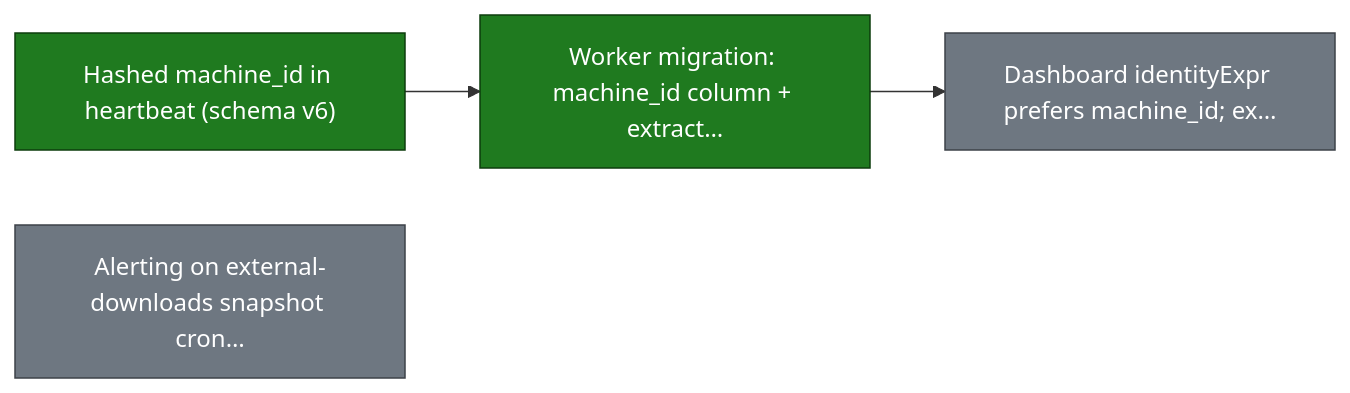
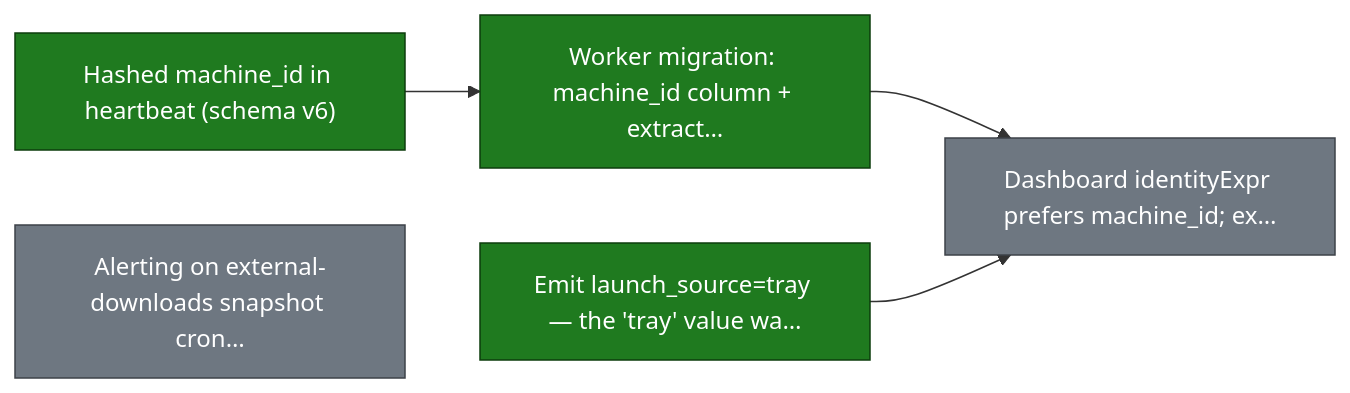
Before and after one commit to smart-mcp-proxy/mcpproxy-go: the sixth of 17 diagrams in ROADMAP.md, drawn with Mermaid. The commit also changed other lines of this file and 10 other files, not shown here.

First line of the commit message:
fix(telemetry): make launch_source=tray reachable, add the missing real-call activation flag (#835)

````diff
--- a/ROADMAP.md
+++ b/ROADMAP.md
@@ -248,15 +213,17 @@
 ```mermaid
 graph LR
   telemetry_machineid_client["Hashed machine_id in heartbeat (schema v6)"]
   telemetry_machineid_worker["Worker migration: machine_id column + extract…"]
+  telemetry_launchsource_tray["Emit launch_source=tray — the 'tray' value wa…"]
   telemetry_machineid_dash["Dashboard identityExpr prefers machine_id; ex…"]
   telemetry_snapshot_alerting["Alerting on external-downloads snapshot cron…"]
 
   telemetry_machineid_client --> telemetry_machineid_worker
   telemetry_machineid_worker --> telemetry_machineid_dash
+  telemetry_launchsource_tray --> telemetry_machineid_dash
 
   classDef done fill:#1f7a1f,stroke:#0d3d0d,color:#ffffff;
   classDef todo fill:#6e7781,stroke:#3d4248,color:#ffffff;
-  class telemetry_machineid_client,telemetry_machineid_worker done;
+  class telemetry_machineid_client,telemetry_machineid_worker,telemetry_launchsource_tray done;
   class telemetry_machineid_dash,telemetry_snapshot_alerting todo;
 ```
````
